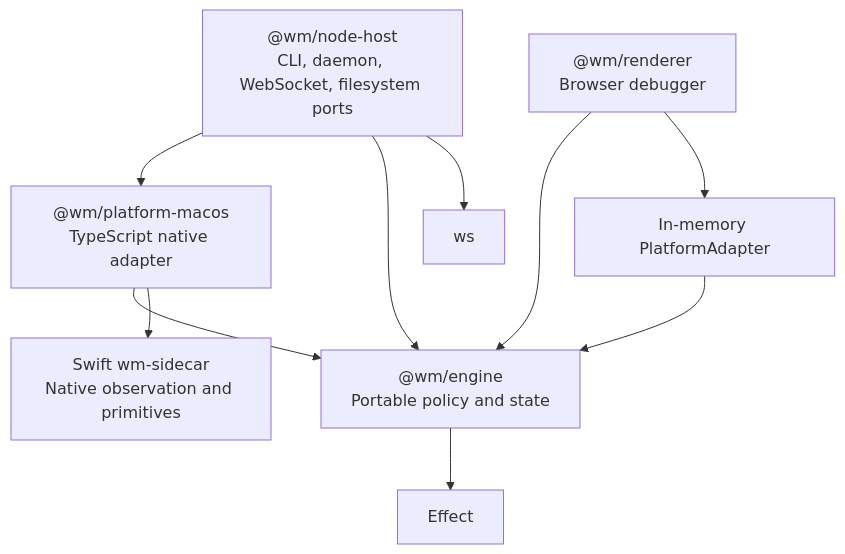
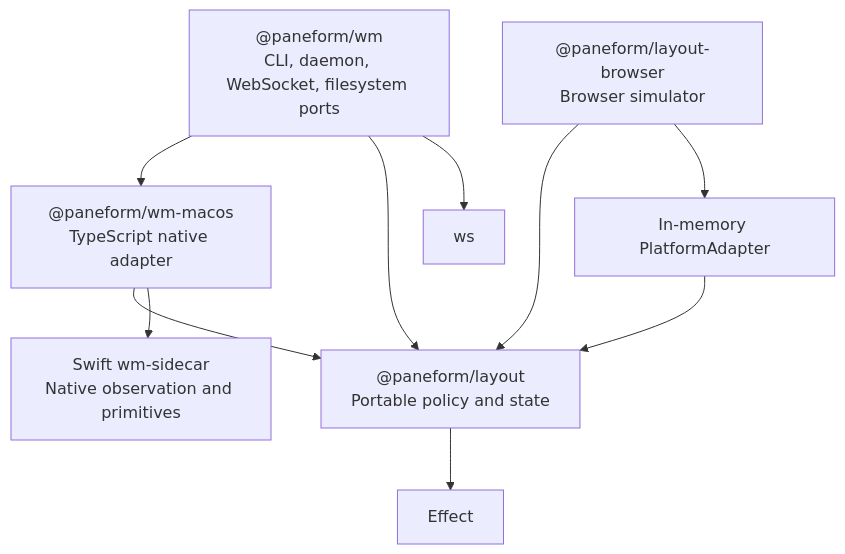
The third of 3 diagrams in docs/architecture-diagrams.md (paneform/wm), drawn with Mermaid before and after one commit. The commit also changed other lines of this file and 181 other files, not shown here.

````diff
--- a/docs/architecture-diagrams.md
+++ b/docs/architecture-diagrams.md
@@ -135,22 +135,22 @@
 ```mermaid
 flowchart TB
-  NODE["@wm/node-host<br/>CLI, daemon, WebSocket, filesystem ports"]
-  MAC["@wm/platform-macos<br/>TypeScript native adapter"]
-  ENGINE["@wm/engine<br/>Portable policy and state"]
+  NODE["@paneform/wm<br/>CLI, daemon, WebSocket, filesystem ports"]
+  MAC["@paneform/wm-macos<br/>TypeScript native adapter"]
+  ENGINE["@paneform/layout<br/>Portable policy and state"]
   SIDECAR["Swift wm-sidecar<br/>Native observation and primitives"]
-  RENDERER["@wm/renderer<br/>Browser debugger"]
+  RENDERER["@paneform/layout-browser<br/>Browser simulator"]
   SIM["In-memory PlatformAdapter"]
   EFFECT["Effect"]
   WS["ws"]
 
   NODE --> MAC
   NODE --> ENGINE
   NODE --> WS
   MAC --> ENGINE
   MAC --> SIDECAR
   RENDERER --> ENGINE
   RENDERER --> SIM
   SIM --> ENGINE
   ENGINE --> EFFECT
 
 ```
````
